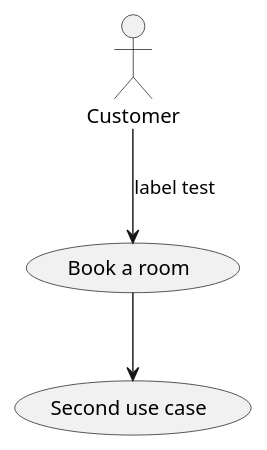
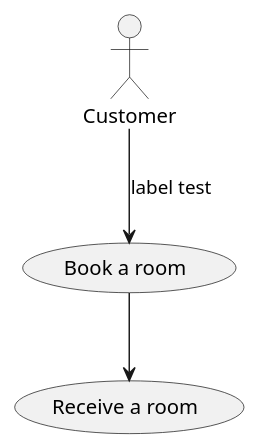
One commit to notkaramel/ECSE321-Mar1HotelSystem changed the diagram in UML/CustomerUC.plantuml. Above: the diagram before and after it, drawn with PlantUML. The commit also changed 5 other files, not shown here.

```diff
--- a/UML/CustomerUC.plantuml
+++ b/UML/CustomerUC.plantuml
@@ -1,16 +1,16 @@
 @startuml CustomerUC
 
 'Actor
 :Customer: as actor
 
 'Use cases
 (Book a room) as UC1
-(Second use case) as UC2
+(Receive a room) as UC2
 
 'Associations
 actor --> UC1: label test
 UC1 --> UC2
 
 
 
 @enduml
```
